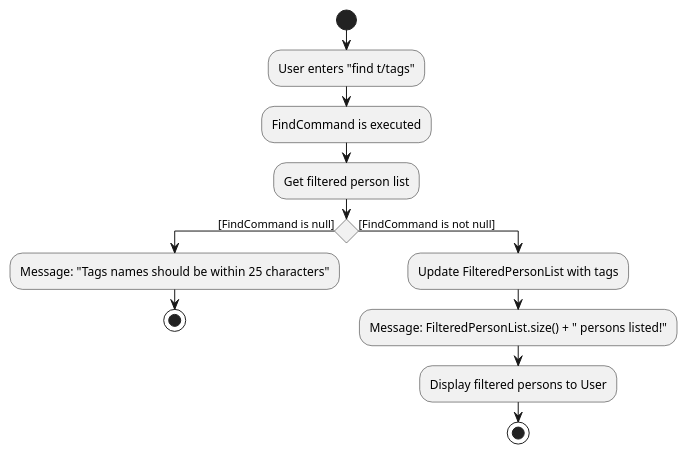
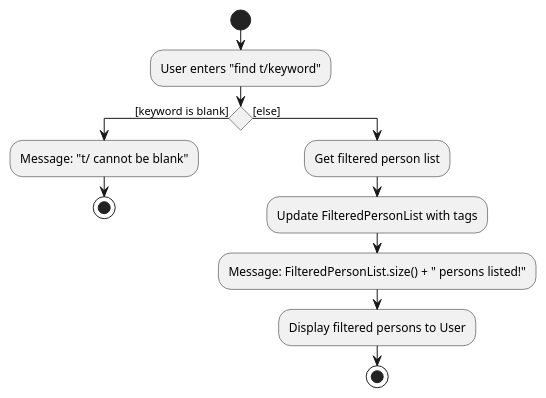
Before and after one commit to AY2425S2-CS2103-F15-3/tp: the diagram in diagrams/FindActivityDiagram.puml, drawn with PlantUML. The commit also changed 23 other files, not shown here.

```diff
--- a/diagrams/FindActivityDiagram.puml
+++ b/diagrams/FindActivityDiagram.puml
@@ -1,21 +1,17 @@
 @startuml
 start
 
-:User enters "find t/tags";
+:User enters "find t/keyword";
+if () then ([keyword is blank])
+    :Message: "t/ cannot be blank";
+    stop
+else ([else])
+    :Get filtered person list;
 
-:FindCommand is executed;
-
-:Get filtered person list;
-
-if () then ([FindCommand is null])
-    :Message: "Tags names should be within 25 characters";
-    stop
-else ([FindCommand is not null])
     :Update FilteredPersonList with tags;
 
     :Message: FilteredPersonList.size() + " persons listed!";
 
     :Display filtered persons to User;
-
-stop
+    stop
 @enduml
```
